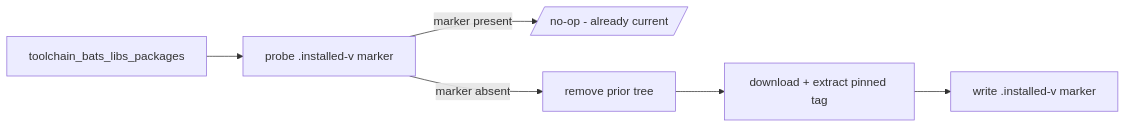
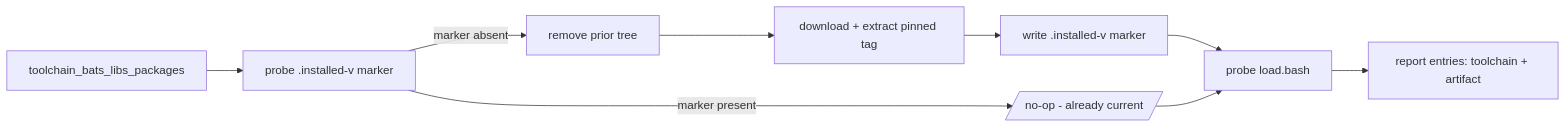
One commit to Klark-Morrigan/Common-Ansible changed the diagram in roles/toolchain_bats_libs/README.md. Above: the diagram before and after it, drawn with Mermaid. The commit also changed other lines of this file and 43 other files, not shown here.

Commit message:
feature: Ansible toolchain report

````diff
--- a/roles/toolchain_bats_libs/README.md
+++ b/roles/toolchain_bats_libs/README.md
@@ -74,8 +88,11 @@
 ```mermaid
 flowchart LR
   PKGS[toolchain_bats_libs_packages] --> PROBE[probe .installed-v marker]
   PROBE -->|marker present| SKIP[/no-op - already current/]
   PROBE -->|marker absent| WIPE[remove prior tree]
   WIPE --> DL[download + extract pinned tag]
   DL --> MARK[write .installed-v marker]
+  MARK --> LOAD[probe load.bash]
+  SKIP --> LOAD
+  LOAD --> REP[report entries: toolchain + artifact]
 ```
````
